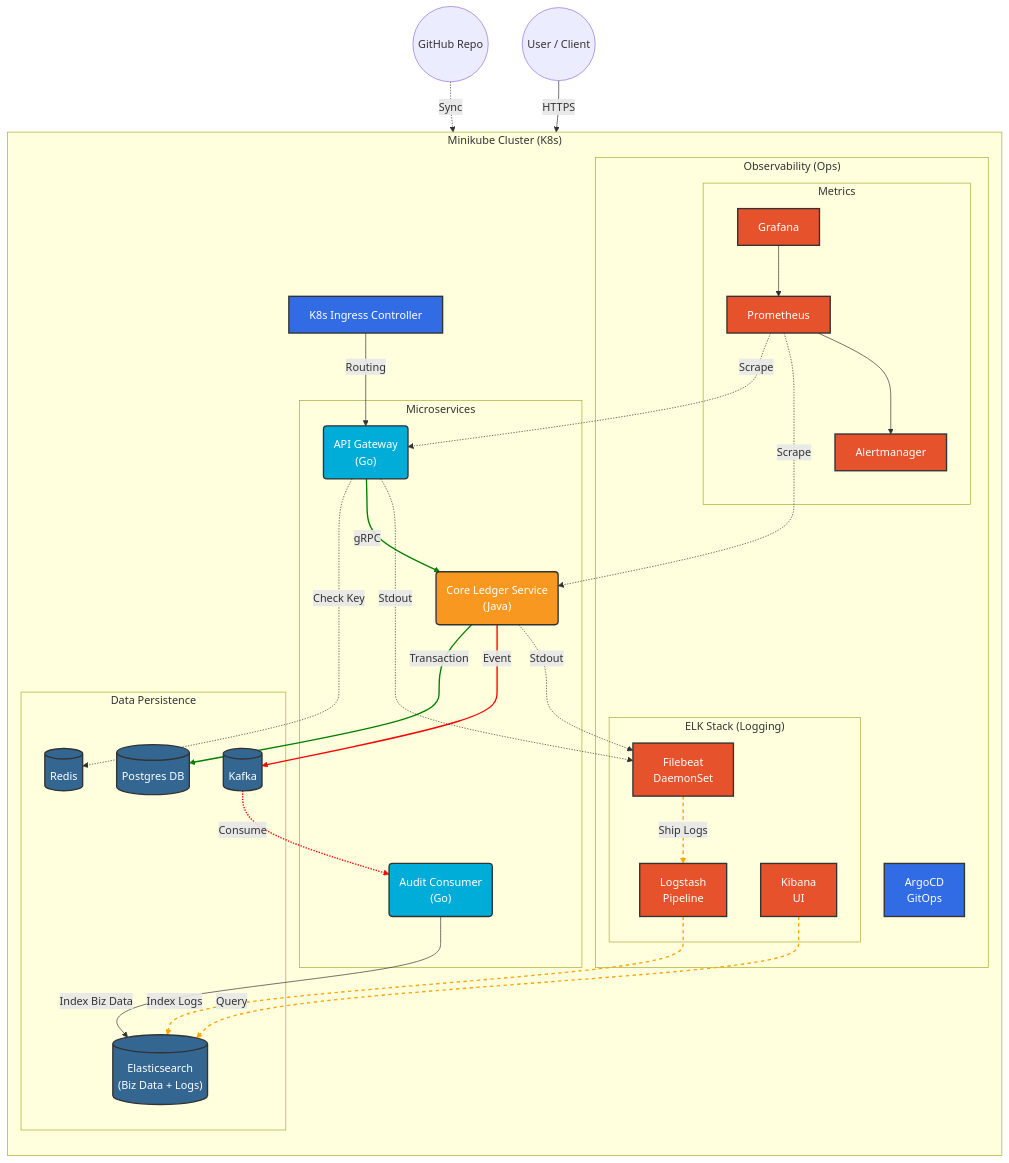
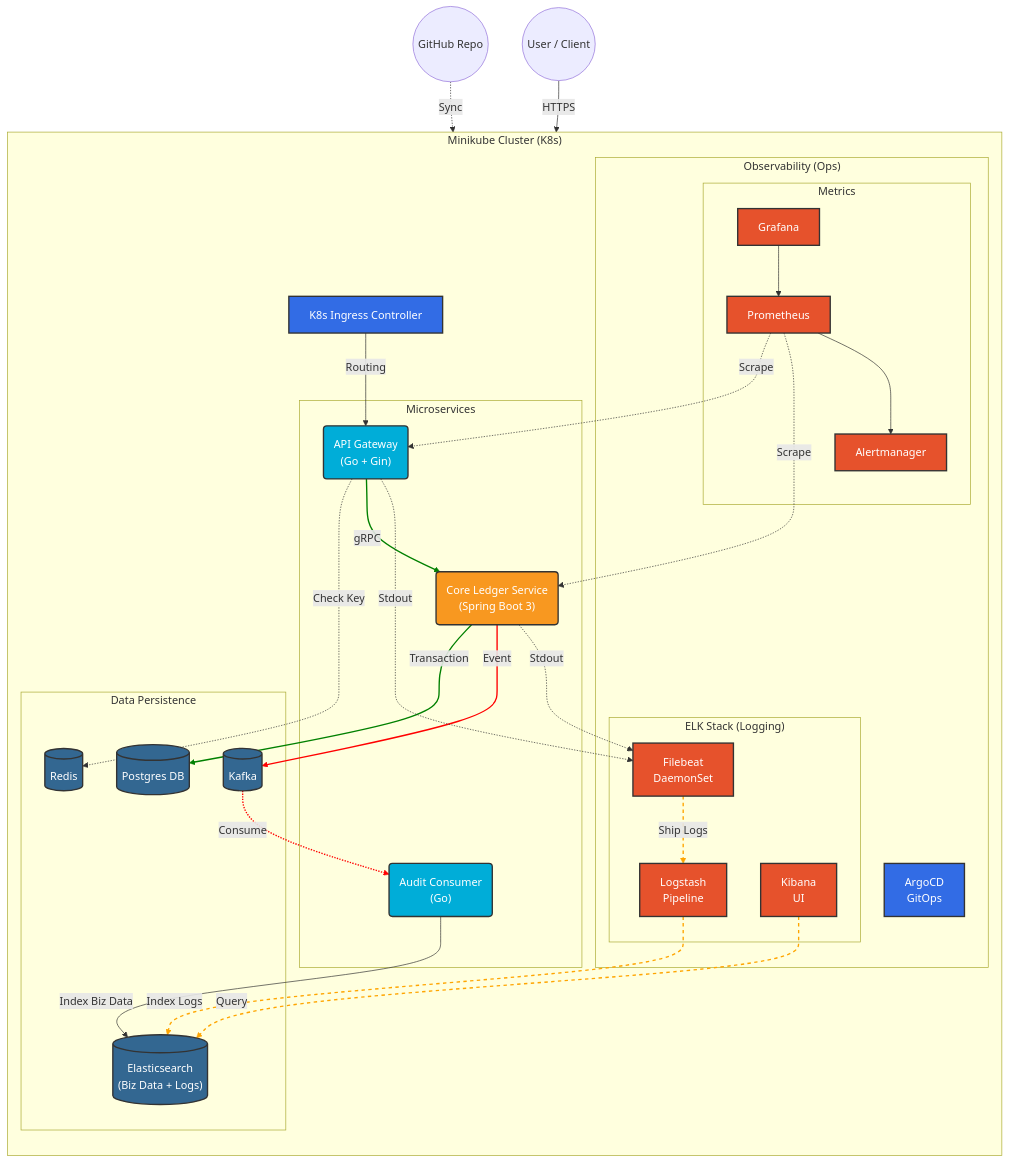
The first of 4 diagrams in README.md (ChungTau/double-entry-ledger), drawn with Mermaid before and after one commit. The commit also changed other lines of this file, not shown here.

````diff
--- a/README.md
+++ b/README.md
@@ -39,81 +39,81 @@
 ```mermaid
 graph TD
     %% Define Styles
     classDef go fill:#00ADD8,stroke:#333,stroke-width:2px,color:white;
     classDef java fill:#F89820,stroke:#333,stroke-width:2px,color:white;
     classDef db fill:#336791,stroke:#333,stroke-width:2px,color:white;
     classDef k8s fill:#326CE5,stroke:#333,stroke-width:2px,color:white;
     classDef monitor fill:#E6522C,stroke:#333,stroke-width:2px,color:white;
 
     User((User / Client))
 
     subgraph "Minikube Cluster (K8s)"
         direction TB
 
         %% Ingress Layer
         Ingress[K8s Ingress Controller]:::k8s
 
         %% Ops & GitOps Layer
         subgraph "Observability (Ops)"
             ArgoCD[ArgoCD <br/> GitOps]:::k8s
             
             subgraph "ELK Stack (Logging)"
                 Filebeat[Filebeat <br/> DaemonSet]:::monitor
                 Logstash[Logstash <br/> Pipeline]:::monitor
                 Kibana[Kibana <br/> UI]:::monitor
             end
             
             subgraph "Metrics"
                 Prometheus[Prometheus]:::monitor
                 Grafana[Grafana]:::monitor
                 Alert[Alertmanager]:::monitor
             end
         end
 
         %% Application Layer
         subgraph "Microservices"
-            Gateway("API Gateway <br/> (Go)"):::go
-            LedgerSvc("Core Ledger Service <br/> (Java)"):::java
+            Gateway("API Gateway <br/> (Go + Gin)"):::go
+            LedgerSvc("Core Ledger Service <br/> (Spring Boot 3)"):::java
             AuditSvc("Audit Consumer <br/> (Go)"):::go
         end
 
         %% Data Layer
         subgraph "Data Persistence"
             Redis[("Redis")]:::db
             Postgres[("Postgres DB")]:::db
             Kafka[("Kafka")]:::db
             ES[("Elasticsearch <br/> (Biz Data + Logs)")]:::db
         end
     end
 
     %% External Connections
     GitHub((GitHub Repo)) -.-> |Sync| ArgoCD
 
     %% Request Flow
     User --> |HTTPS| Ingress
     Ingress --> |Routing| Gateway
     Gateway -.-> |Check Key| Redis
     Gateway -- "gRPC" --> LedgerSvc
     LedgerSvc --> |"Transaction"| Postgres
     LedgerSvc -- "Event" --> Kafka
     Kafka -.-> |"Consume"| AuditSvc
     AuditSvc --> |"Index Biz Data"| ES
 
     %% Logging Flow (ELK)
     Gateway -.-> |Stdout| Filebeat
     LedgerSvc -.-> |Stdout| Filebeat
     Filebeat -.-> |"Ship Logs"| Logstash
     Logstash --> |"Index Logs"| ES
     Kibana -.-> |Query| ES
 
     %% Metrics Flow
     Prometheus -.-> |Scrape| Gateway
     Prometheus -.-> |Scrape| LedgerSvc
     Prometheus --> Alert
     Grafana --> Prometheus
 
     %% Styles
     linkStyle 4,5 stroke-width:2px,fill:none,stroke:green;
     linkStyle 6,7 stroke-width:2px,fill:none,stroke:red;
     linkStyle 11,12,13 stroke-width:2px,fill:none,stroke:orange,stroke-dasharray: 5 5;
 ```
````
